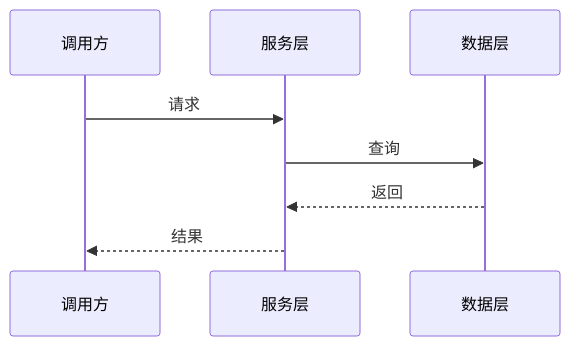
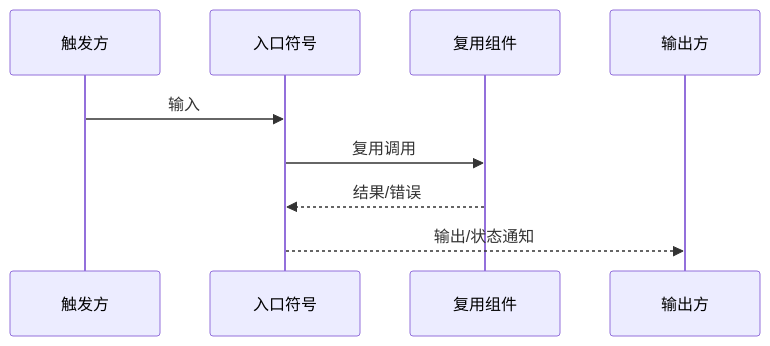
One commit to YuanLiChu/edan-spec changed the second of 2 diagrams in claudecode/.claude/skills/design-review/templates/detail-design-template.md. Above: the diagram before and after it, drawn with Mermaid. The commit also changed other lines of this file and 8 other files, not shown here.

````diff
--- a/claudecode/.claude/skills/design-review/templates/detail-design-template.md
+++ b/claudecode/.claude/skills/design-review/templates/detail-design-template.md
@@ -87,10 +180,11 @@
 ```mermaid
 sequenceDiagram
-    participant A as 调用方
-    participant B as 服务层
-    participant C as 数据层
-    A->>B: 请求
-    B->>C: 查询
-    C-->>B: 返回
-    B-->>A: 结果
+    participant Trigger as 触发方
+    participant Entry as 入口符号
+    participant Existing as 复用组件
+    participant Target as 输出方
+    Trigger->>Entry: 输入
+    Entry->>Existing: 复用调用
+    Existing-->>Entry: 结果/错误
+    Entry-->>Target: 输出/状态通知
 ```
````
